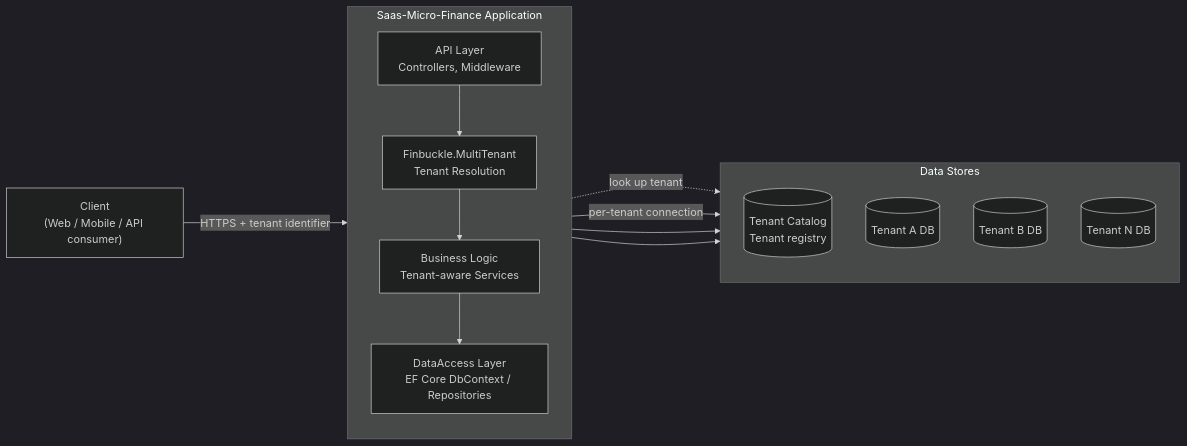
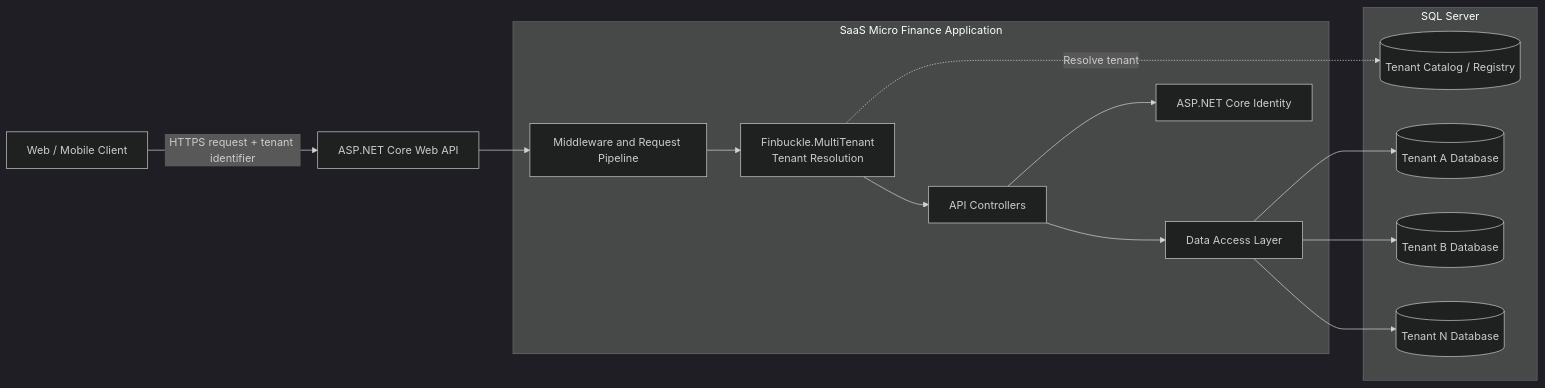
The first of 11 diagrams in README.md (collarfil/Saas-Micro-Finance), drawn with Mermaid (dark theme) before and after one commit. The commit also changed other lines of this file, not shown here.

````diff
--- a/README.md
+++ b/README.md
@@ -85,27 +190,31 @@
-```mermaid
+``` mermaid
 flowchart LR
-    Client["Client<br/>(Web / Mobile / API consumer)"]
+    U["Web / Mobile Client"]
+    API["ASP.NET Core Web API"]
 
-    subgraph App["Saas-Micro-Finance Application"]
-        direction TB
-        API["API Layer<br/>Controllers, Middleware"]
-        MT["Finbuckle.MultiTenant<br/>Tenant Resolution"]
-        SVC["Business Logic<br/>Tenant-aware Services"]
-        DA["DataAccess Layer<br/>EF Core DbContext / Repositories"]
-        API --> MT --> SVC --> DA
+    subgraph APP["SaaS Micro Finance Application"]
+        MW["Middleware and Request Pipeline"]
+        TEN["Finbuckle.MultiTenant<br/>Tenant Resolution"]
+        CTRL["API Controllers"]
+        DAL["Data Access Layer"]
+        ID["ASP.NET Core Identity"]
+        MW --> TEN
+        TEN --> CTRL
+        CTRL --> DAL
+        CTRL --> ID
     end
 
-    subgraph Stores["Data Stores"]
-        direction TB
-        CAT[("Tenant Catalog<br/>Tenant registry")]
-        T1[("Tenant A DB")]
-        T2[("Tenant B DB")]
-        TN[("Tenant N DB")]
+    subgraph DB["SQL Server"]
+        CAT[("Tenant Catalog / Registry")]
+        T1[("Tenant A Database")]
+        T2[("Tenant B Database")]
+        TN[("Tenant N Database")]
     end
 
-    Client -->|"HTTPS + tenant identifier"| API
-    MT -.->|"look up tenant"| CAT
-    DA -->|"per-tenant connection"| T1
-    DA --> T2
-    DA --> TN
+    U -->|"HTTPS request + tenant identifier"| API
+    API --> MW
+    TEN -.->|"Resolve tenant"| CAT
+    DAL --> T1
+    DAL --> T2
+    DAL --> TN
 ```
````
